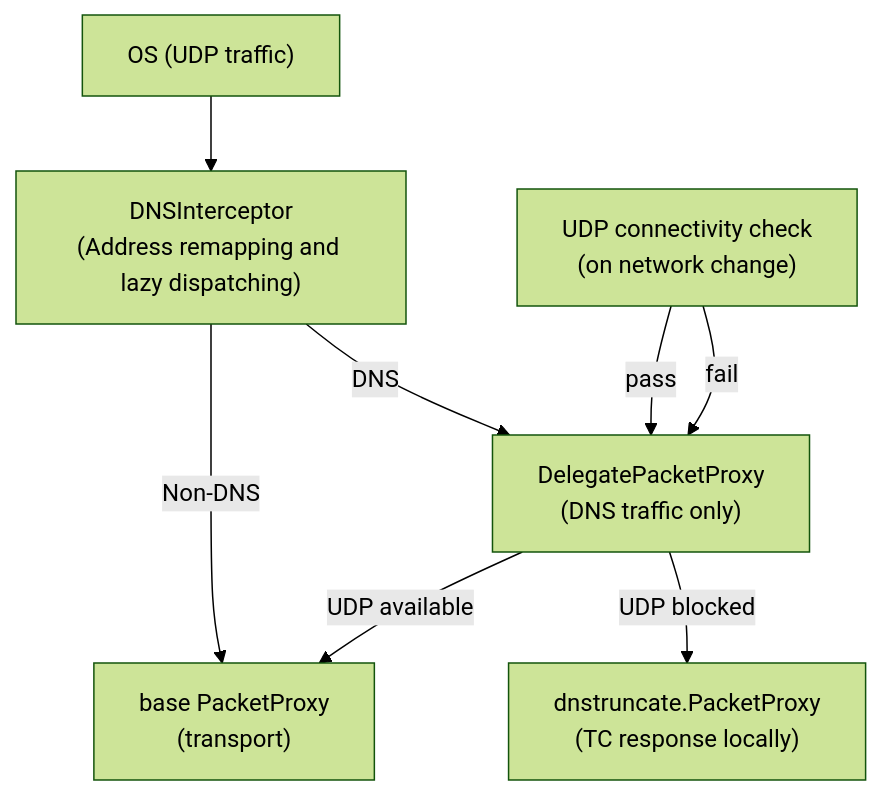
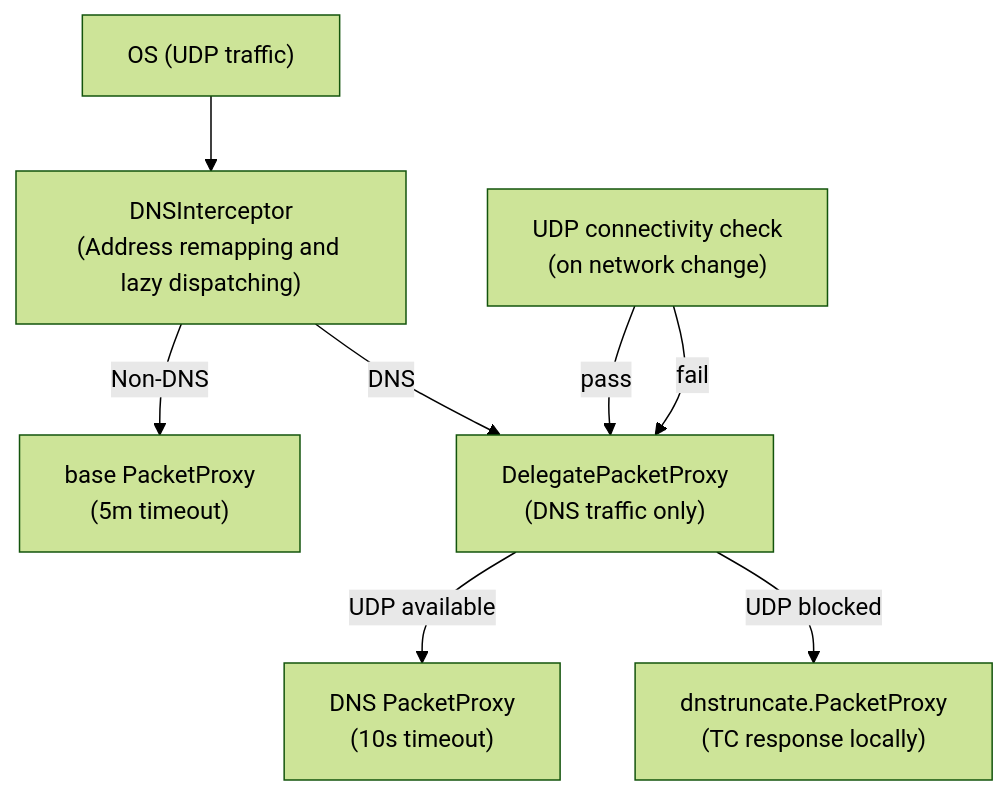
The second of 4 diagrams in client/go/outline/dnsintercept/README.md (OutlineFoundation/outline-apps), drawn with Mermaid (forest theme) before and after one commit. The commit also changed other lines of this file, not shown here.

````diff
--- a/client/go/outline/dnsintercept/README.md
+++ b/client/go/outline/dnsintercept/README.md
@@ -70,13 +70,13 @@
 ```mermaid
 flowchart TD
     OS["OS (UDP traffic)"] --> ppMain
     ppMain["DNSInterceptor<br/>(Address remapping and lazy dispatching)"]
-    ppMain -->|Non-DNS| ppBase["base PacketProxy<br/>(transport)"]
+    ppMain -->|Non-DNS| ppBase["base PacketProxy<br/>(5m timeout)"]
     ppMain -->|DNS| ppDNS["DelegatePacketProxy<br/>(DNS traffic only)"]
 
     check["UDP connectivity check<br/>(on network change)"] -->|pass| ppDNS
     check -->|fail| ppDNS
 
-    ppDNS -->|UDP available| ppBase
+    ppDNS -->|UDP available| ppDNSBase["DNS PacketProxy<br/>(10s timeout)"]
     ppDNS -->|UDP blocked| ppTrunc["dnstruncate.PacketProxy<br/>(TC response locally)"]
 ```
````
